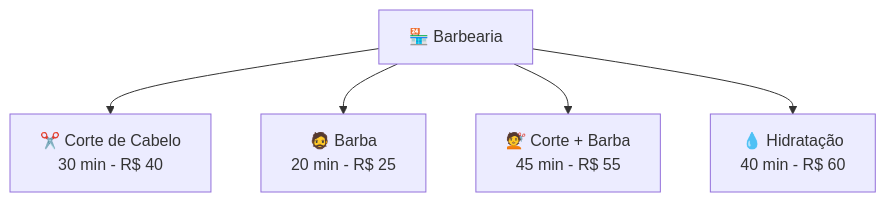
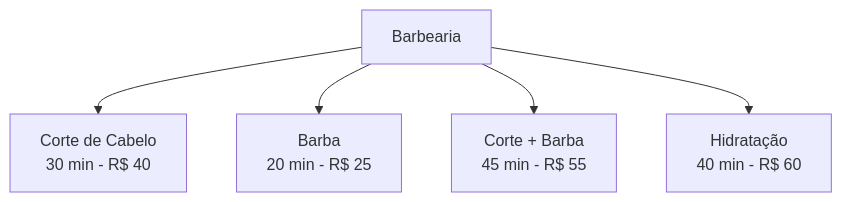
One commit to AgendoCerto/docs changed the first of 2 diagrams in contents/guides/servicos.md. Above: the diagram before and after it, drawn with Mermaid. The commit also changed other lines of this file and 6 other files, not shown here.

````diff
--- a/contents/guides/servicos.md
+++ b/contents/guides/servicos.md
@@ -15,7 +15,7 @@
 ```mermaid
 graph TD
-    A[🏪 Barbearia] --> B[✂️ Corte de Cabelo<br/>30 min - R$ 40]
-    A --> C[🧔 Barba<br/>20 min - R$ 25]
-    A --> D[💇 Corte + Barba<br/>45 min - R$ 55]
-    A --> E[💧 Hidratação<br/>40 min - R$ 60]
+    A[Barbearia] --> B[Corte de Cabelo<br/>30 min - R$ 40]
+    A --> C[Barba<br/>20 min - R$ 25]
+    A --> D[Corte + Barba<br/>45 min - R$ 55]
+    A --> E[Hidratação<br/>40 min - R$ 60]
 ```
````
